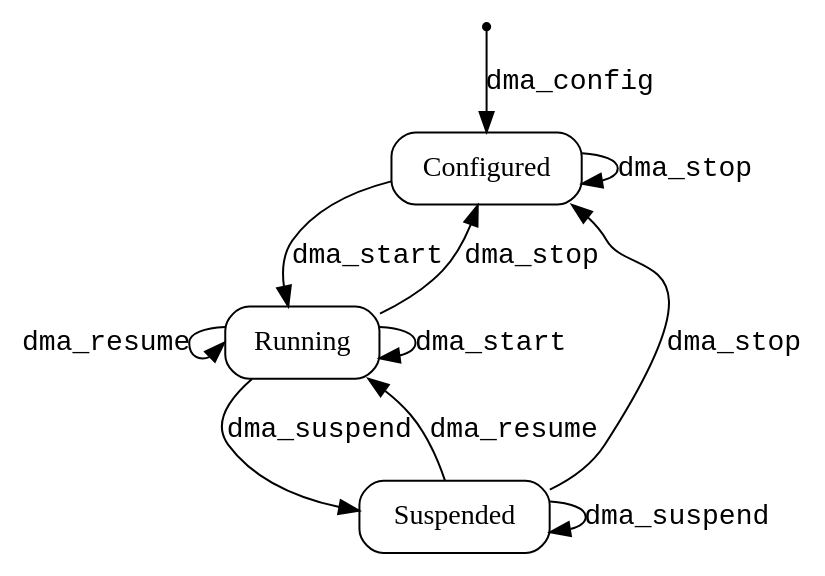
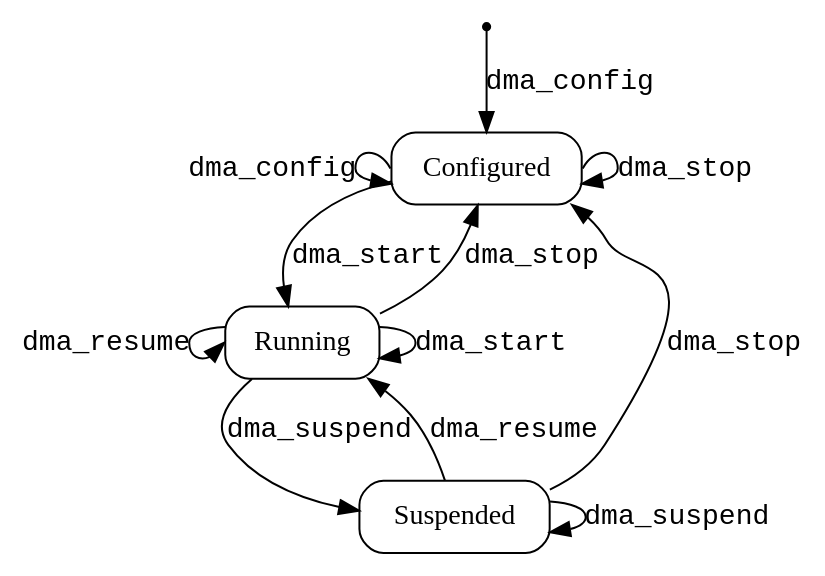
Before and after one commit to Ameba-AIoT/zephyr: the diagram in doc/hardware/peripherals/dma.rst, drawn with Graphviz. The commit also changed other lines of this file and 21619 other files, not shown here.

```diff
--- a/doc/hardware/peripherals/dma.rst
+++ b/doc/hardware/peripherals/dma.rst
@@ -49,26 +53,27 @@
 .. graphviz::
    :caption: DMA state finite state machine
 
    digraph {
        node [style=rounded];
        edge [fontname=Courier];
        init [shape=point];
 
        CONFIGURED [label=Configured,shape=box];
        RUNNING [label=Running,shape=box];
        SUSPENDED [label=Suspended,shape=box];
 
        init -> CONFIGURED [label=dma_config];
 
        CONFIGURED -> RUNNING [label=dma_start];
-       CONFIGURED -> CONFIGURED [label=dma_stop];
+       CONFIGURED -> CONFIGURED [label=dma_stop, headport=c, tailport=e];
+       CONFIGURED -> CONFIGURED [label=dma_config, headport=c, tailport=w];
 
        RUNNING -> CONFIGURED [label=dma_stop];
        RUNNING -> RUNNING [label=dma_start];
        RUNNING -> RUNNING [label=dma_resume, headport=w];
        RUNNING -> SUSPENDED [label=dma_suspend];
 
        SUSPENDED -> SUSPENDED [label=dma_suspend];
        SUSPENDED -> RUNNING [label=dma_resume];
        SUSPENDED -> CONFIGURED [label=dma_stop];
    }
```
